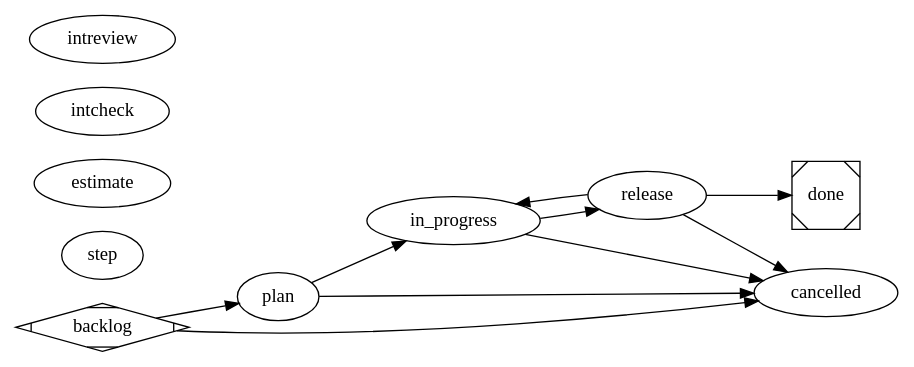
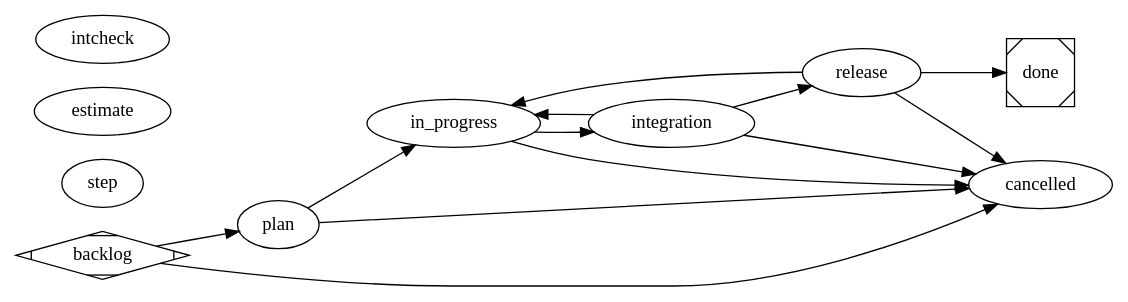
Before and after one commit to bobmcallan/satelle: the diagram in .satelle/workflows/satelle-project-workflow.md, drawn with Graphviz. The commit also changed other lines of this file, not shown here.

First line of the commit message:
feat(workflow): integration is a visible, separate step (sty_15dbc0dd)

````diff
--- a/.satelle/workflows/satelle-project-workflow.md
+++ b/.satelle/workflows/satelle-project-workflow.md
@@ -43,36 +45,40 @@
 ```dot
 digraph satelle_workflow {
   graph [goal="Drive a story to done — plan reviewed against the ACs, implemented in-loop, released and verified by CI, every gate accepted", vars="story, repo_root"]
   rankdir=LR
 
   backlog     [shape=Mdiamond]
   plan        [agent=planner, prompt="@skill:plan"]   // DISPATCHED to the fable planner
   in_progress [agent=executor]                          // in-loop: the session implements
+  integration [agent=executor]                          // in-loop: the testing stage — make integration runs on exit
   release     [agent=executor]                          // in-loop: the session commits+pushes+records
   done        [shape=Msquare]                           // terminal (release-review gates the edge in)
   cancelled   [agent=reviewer, prompt="@skill:satelle-story-cancel-review"]
 
   // step opts this workflow into per-transition step summaries (sty_9a139c78):
   // an edge-less declaration, mandatory so a summary failure is surfaced.
   step        [agent=reviewer, prompt="@skill:satelle-step-summary", mandatory=true]
 
   // Declared scoped reviewers (edge-less, on="<target states>"): always-on gates the
   // workflow itself declares. estimate gates begin-work + close; intcheck runs
-  // `make integration` and intreview judges test adequacy, both entering release.
+  // `make integration` on entry to release — i.e. on the integration -> release edge,
+  // alongside that edge's satelle-integration-review — so integration is a VISIBLE step.
   estimate    [agent=reviewer, prompt="@skill:satelle-estimate-actual-review", on="in_progress,done"]
   intcheck    [agent=reviewer, prompt="@skill:satelle-integration-check", on="release"]
-  intreview   [agent=reviewer, prompt="@skill:satelle-integration-review", on="release"]
 
   backlog     -> plan
-  plan        -> in_progress [reviewer_skill="satelle-story-plan-review"]
-  in_progress -> release     [reviewer_skill="satelle-code-ac-review"]
-  release     -> done        [reviewer_skill="satelle-story-release-review"]
+  plan        -> in_progress  [reviewer_skill="satelle-story-plan-review"]
+  in_progress -> integration  [reviewer_skill="satelle-code-ac-review"]     // code matches the ACs -> enter integration
+  integration -> release      [reviewer_skill="satelle-integration-review"] // tests adequate (+ scoped intcheck runs make integration) -> enter release
+  release     -> done         [reviewer_skill="satelle-story-release-review"]
 
+  integration -> in_progress  // recovery: a test/review reject returns to work
   release     -> in_progress  // recovery: a release/done reject returns to work
 
   backlog     -> cancelled
   plan        -> cancelled
   in_progress -> cancelled
+  integration -> cancelled
   release     -> cancelled
 }
 ```
````
